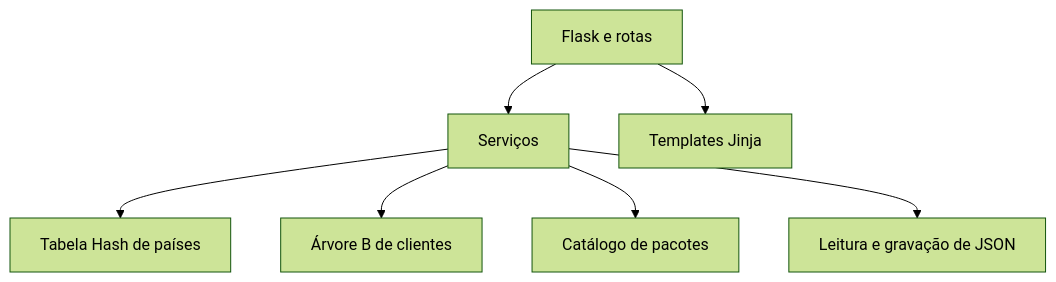
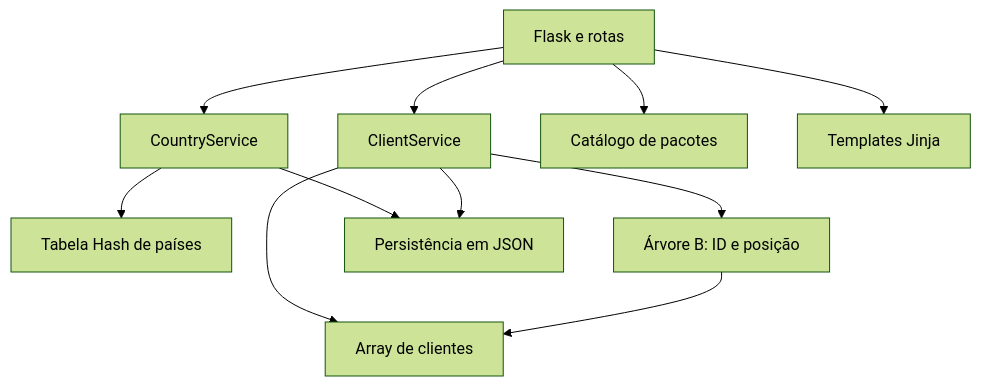
Before and after one commit to macedosofia/ed2_2026.2: the first of 2 diagrams in docs/stage2_delivery.md, drawn with Mermaid (forest theme). The commit also changed other lines of this file and 4 other files, not shown here.

Commit message:
docs: update B-tree indexing architecture and validation

````diff
--- a/docs/stage2_delivery.md
+++ b/docs/stage2_delivery.md
@@ -54,9 +70,13 @@
 ```mermaid
 flowchart TD
-    Web["Flask e rotas"] --> Services["Serviços"]
-    Services --> Hash["Tabela Hash de países"]
-    Services --> BTree["Árvore B de clientes"]
-    Services --> Packages["Catálogo de pacotes"]
-    Services --> JSON["Leitura e gravação de JSON"]
+    Web["Flask e rotas"] --> CountryService["CountryService"]
+    Web --> ClientService["ClientService"]
+    Web --> Packages["Catálogo de pacotes"]
+    CountryService --> Hash["Tabela Hash de países"]
+    ClientService --> BTree["Árvore B: ID e posição"]
+    ClientService --> Array["Array de clientes"]
+    BTree --> Array
+    CountryService --> JSON["Persistência em JSON"]
+    ClientService --> JSON
     Web --> Views["Templates Jinja"]
 ```
````
